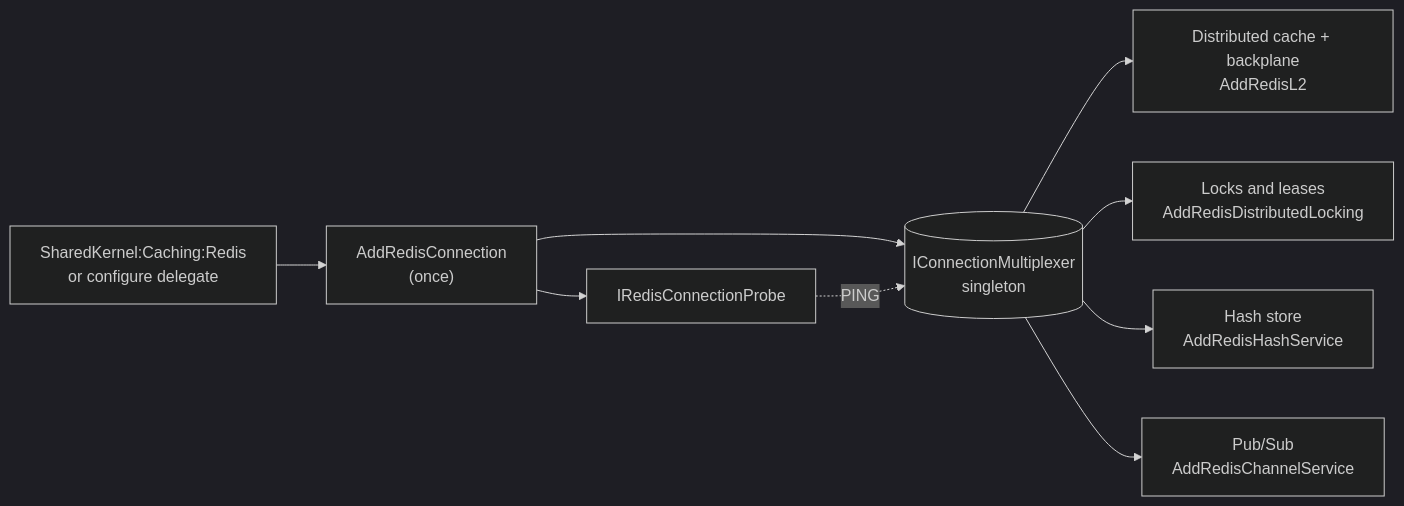
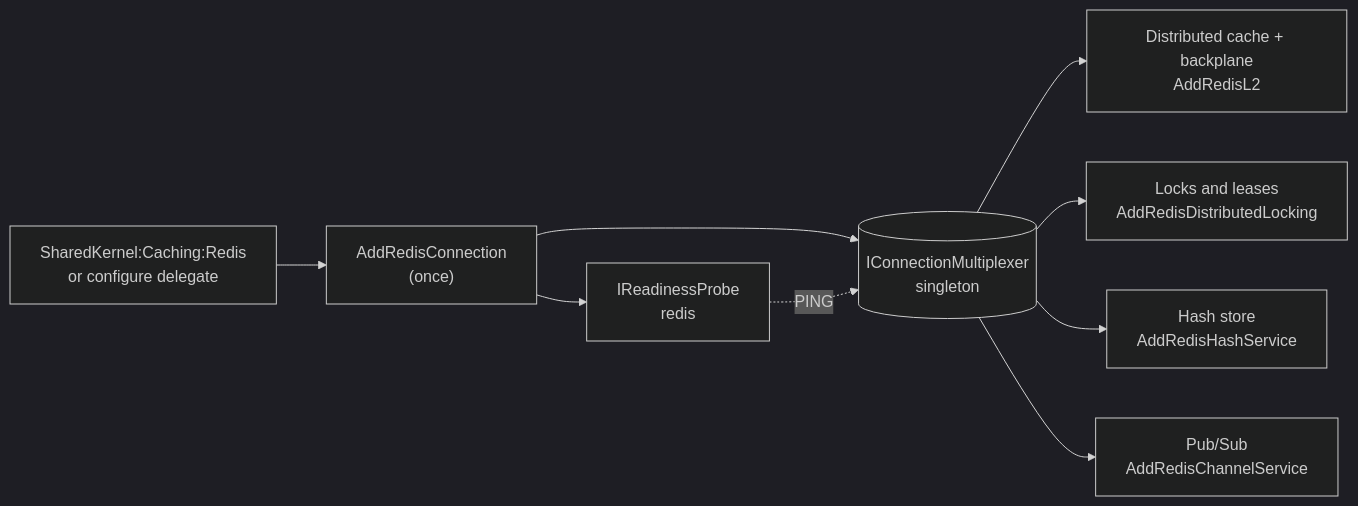
Before and after one commit to Gresta-Vertex-Labs/platform-shared-kernel: the diagram in 02.Caching/SharedKernel.Caching.Redis.Core/README.md, drawn with Mermaid (dark theme). The commit also changed other lines of this file and 167 other files, not shown here.

````diff
--- a/02.Caching/SharedKernel.Caching.Redis.Core/README.md
+++ b/02.Caching/SharedKernel.Caching.Redis.Core/README.md
@@ -124,11 +125,11 @@
 ```mermaid
 flowchart LR
     Config["SharedKernel:Caching:Redis<br/>or configure delegate"] --> Reg["AddRedisConnection<br/>(once)"]
     Reg --> Mux[("IConnectionMultiplexer<br/>singleton")]
-    Reg --> Probe[IRedisConnectionProbe]
+    Reg --> Probe["IReadinessProbe<br/>redis"]
     Mux --> L2["Distributed cache + backplane<br/>AddRedisL2"]
     Mux --> Locks["Locks and leases<br/>AddRedisDistributedLocking"]
     Mux --> Hash["Hash store<br/>AddRedisHashService"]
     Mux --> PubSub["Pub/Sub<br/>AddRedisChannelService"]
     Probe -. PING .-> Mux
 ```
````
